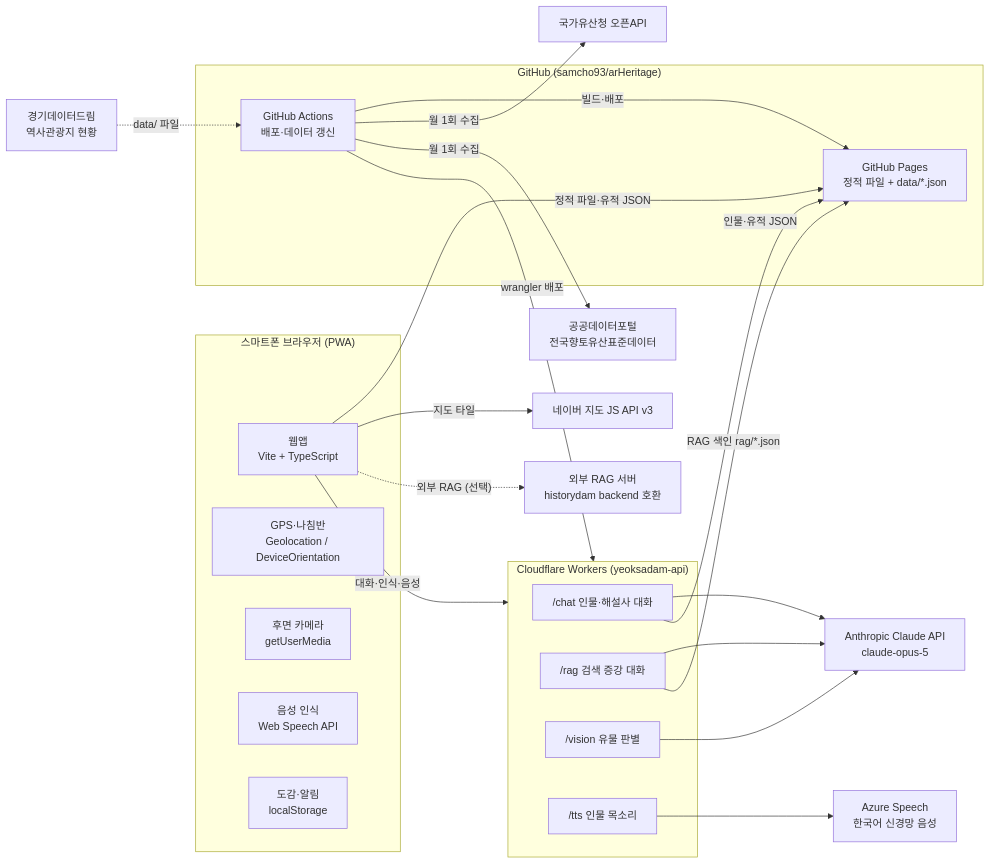
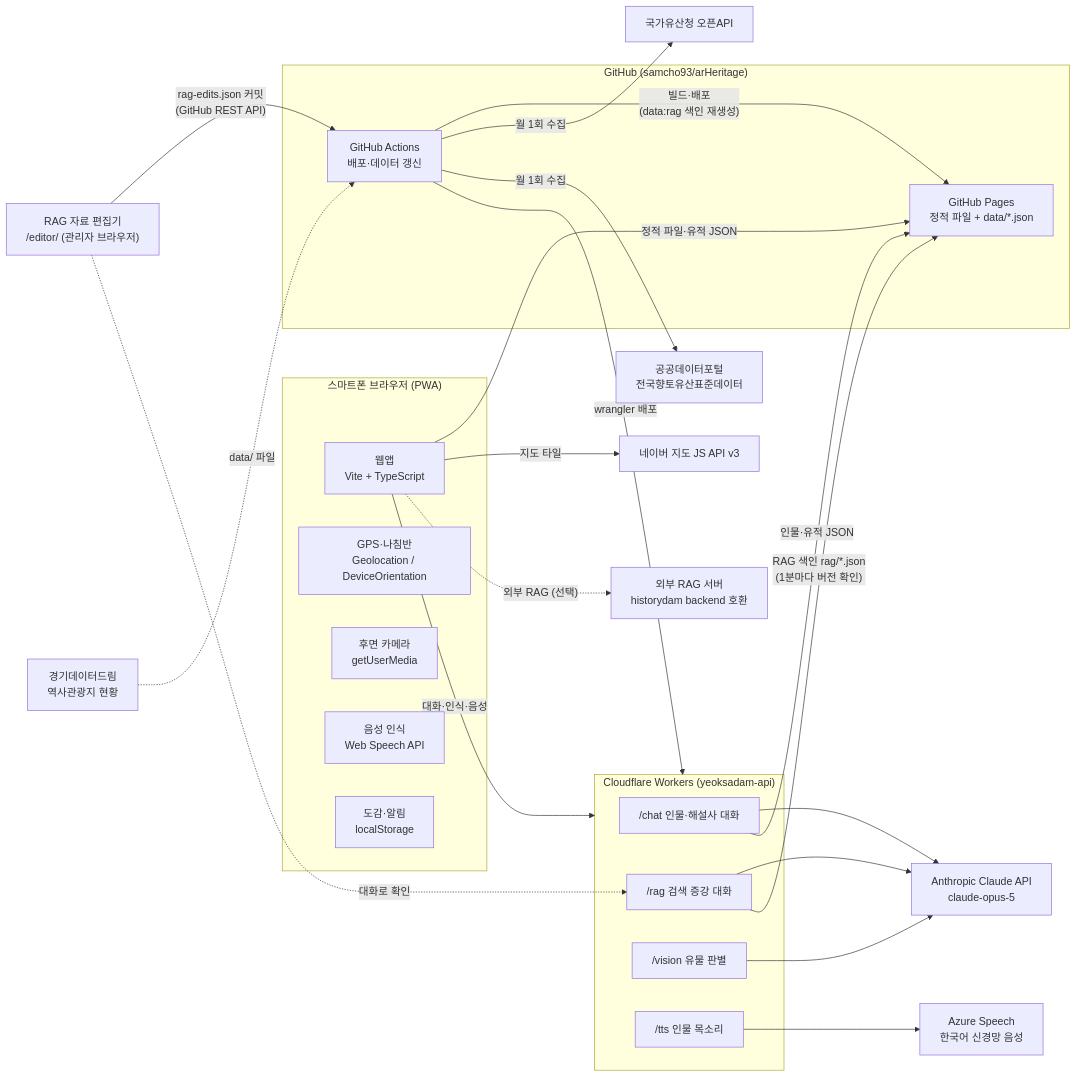
One commit to Hanbyeol5/arHeritage changed the first of 6 diagrams in README.md. Above: the diagram before and after it, drawn with Mermaid. The commit also changed other lines of this file, not shown here.

Commit message:
README: RAG 반영 보강 — 구성도에 편집기·색인 재생성, RAG 대화 흐름(2.3), 색인 버전·캐시 갱신, 편집기 운영 한계

````diff
--- a/README.md
+++ b/README.md
@@ -64,45 +65,49 @@
 ```mermaid
 flowchart LR
   subgraph Phone["스마트폰 브라우저 (PWA)"]
     UI["웹앱<br/>Vite + TypeScript"]
     GPS["GPS·나침반<br/>Geolocation / DeviceOrientation"]
     CAM["후면 카메라<br/>getUserMedia"]
     STT["음성 인식<br/>Web Speech API"]
     LS["도감·알림<br/>localStorage"]
   end
+
+  ED["RAG 자료 편집기<br/>/editor/ (관리자 브라우저)"]
 
   subgraph GH["GitHub (samcho93/arHeritage)"]
     PAGES["GitHub Pages<br/>정적 파일 + data/*.json"]
     ACT["GitHub Actions<br/>배포·데이터 갱신"]
   end
 
   subgraph CF["Cloudflare Workers (yeoksadam-api)"]
     CHAT["/chat 인물·해설사 대화"]
     RAG["/rag 검색 증강 대화"]
     VIS["/vision 유물 판별"]
     TTS["/tts 인물 목소리"]
   end
 
   CLAUDE["Anthropic Claude API<br/>claude-opus-5"]
   AZURE["Azure Speech<br/>한국어 신경망 음성"]
   NAVER["네이버 지도 JS API v3"]
   KHS["국가유산청 오픈API"]
   DGK["공공데이터포털<br/>전국향토유산표준데이터"]
   GGD["경기데이터드림<br/>역사관광지 현황"]
 
   UI -- 정적 파일·유적 JSON --> PAGES
   UI -- 지도 타일 --> NAVER
   UI -- 대화·인식·음성 --> CF
   CHAT --> CLAUDE
   RAG --> CLAUDE
-  RAG -- "RAG 색인 rag/*.json" --> PAGES
+  RAG -- "RAG 색인 rag/*.json<br/>(1분마다 버전 확인)" --> PAGES
   UI -. "외부 RAG (선택)" .-> EXT["외부 RAG 서버<br/>historydam backend 호환"]
   VIS --> CLAUDE
   TTS --> AZURE
   CHAT -- 인물·유적 JSON --> PAGES
-  ACT -- 빌드·배포 --> PAGES
+  ED -- "rag-edits.json 커밋<br/>(GitHub REST API)" --> ACT
+  ED -. "대화로 확인" .-> RAG
+  ACT -- "빌드·배포<br/>(data:rag 색인 재생성)" --> PAGES
   ACT -- wrangler 배포 --> CF
   ACT -- 월 1회 수집 --> KHS
   ACT -- 월 1회 수집 --> DGK
   GGD -. data/ 파일 .-> ACT
 ```
````
